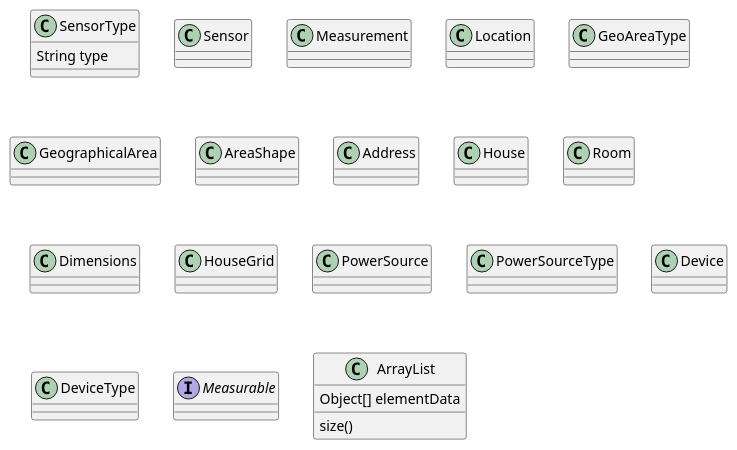
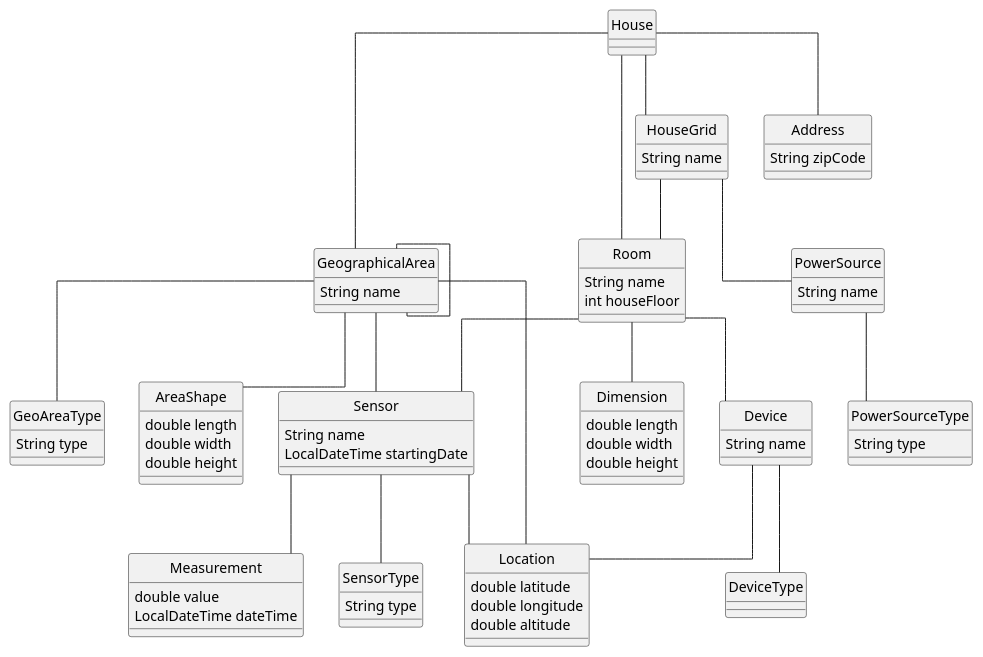
The diagram in src/Docs/Sprint2/DomainModel.puml (1181687/hateoasToy), drawn with PlantUML before and after one commit.

Commit message:
Changes to the Domain Model

```diff
--- a/src/Docs/Sprint2/DomainModel.puml
+++ b/src/Docs/Sprint2/DomainModel.puml
@@ -1,35 +1,90 @@
 @startuml
 skinparam linetype ortho
-
+hide circle
 class SensorType{
 String type
 }
 class Sensor{
+String name
+LocalDateTime startingDate
+}
+class Measurement{
+double value
+LocalDateTime dateTime
+}
+class Location{
+double latitude
+double longitude
+double altitude
+}
+class GeoAreaType{
+String type
+}
+class GeographicalArea{
+String name
+}
+class AreaShape{
+double length
+double width
+double height
+}
+class Address{
+String zipCode
+}
+class House
+class Room{
+String name
+int houseFloor
+}
+class Dimension{
+double length
+double width
+double height
+}
+class HouseGrid{
+String name
+}
+class PowerSource{
+String name
+}
+class PowerSourceType{
+String type
+}
+class Device{
+String name
+}
+ENUM DeviceType{
 
 }
-class Measurement
-class Location
-class GeoAreaType
-class GeographicalArea
-class AreaShape
-class Address
-class House
-class Room
-class Dimensions
-class HouseGrid
-class PowerSource
-class PowerSourceType
-class Device
-class DeviceType
 
-interface Measurable
+Sensor -- SensorType
+Sensor -- Measurement
+Sensor -- Location
+
+Room -- Dimension
+Room -- Sensor
+Room -- Device
+
+PowerSource -- PowerSourceType
+
+House -- Room
+House -- HouseGrid
+House -- Address
+House -- GeographicalArea
+
+GeographicalArea -- GeoAreaType
+GeographicalArea -- GeographicalArea
+GeographicalArea -- Location
+GeographicalArea -- AreaShape
+GeographicalArea -- Sensor
+
+Device -- Location
+Device -- DeviceType
+
+HouseGrid -- PowerSource
+HouseGrid -- Room
 
 
 
-class ArrayList {
-Object[] elementData
-size()
-}
-
 
 @enduml
```
